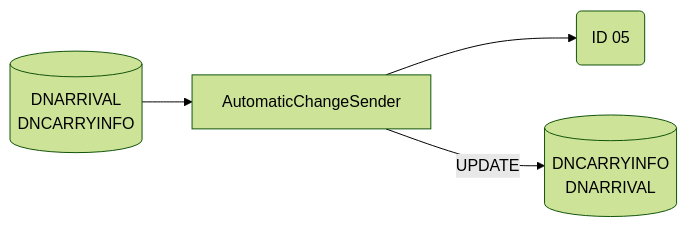
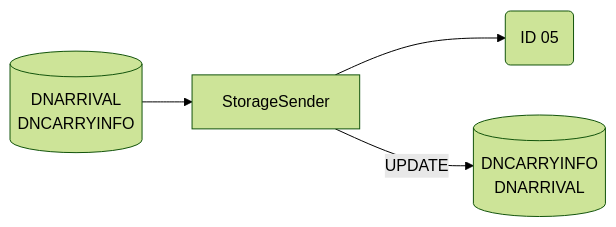
The third of 8 diagrams in Basic-Design/DFD-WMS/Storage/Unplanned-Storage/Irregular-Cases-%2D-Unplanned.md (luthfiadityaa/SimeDarby-Wiki), drawn with Mermaid (forest theme) before and after one commit.

Commit message:
Updated Irregular Cases - Unplanned

```diff
--- a/Basic-Design/DFD-WMS/Storage/Unplanned-Storage/Irregular-Cases-%2D-Unplanned.md
+++ b/Basic-Design/DFD-WMS/Storage/Unplanned-Storage/Irregular-Cases-%2D-Unplanned.md
@@ -158,18 +158,18 @@
 ::: mermaid
 flowchart LR
 storageSender-update[("
 DNCARRYINFO
 DNARRIVAL
 ")]
 storageSender-input[("
 DNARRIVAL
 DNCARRYINFO
 ")]
 
 id05msg("
 ID 05
 ")
 
-storageSender-input-->AutomaticChangeSender-->id05msg
-AutomaticChangeSender--> |UPDATE| storageSender-update
+storageSender-input-->StorageSender-->id05msg
+StorageSender--> |UPDATE| storageSender-update
 :::
```
